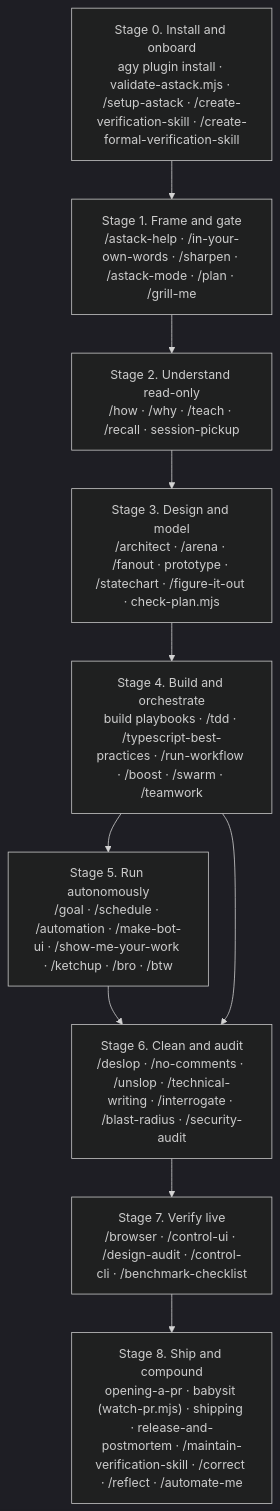
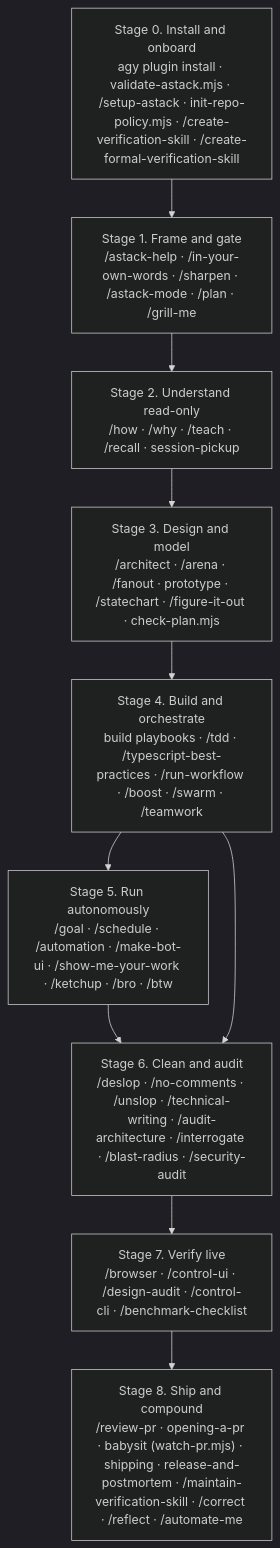
One commit to jmxt3/astack changed the diagram in docs/agent-timeline.md. Above: the diagram before and after it, drawn with Mermaid (dark theme). The commit also changed other lines of this file and 8 other files, not shown here.

Commit message:
docs(astack): sync v0.4 counts, hooks, CLIs, and 6-stage flow across docs

````diff
--- a/docs/agent-timeline.md
+++ b/docs/agent-timeline.md
@@ -17,24 +17,24 @@
 ```mermaid
 flowchart TD
     S0["Stage 0. Install and onboard
-agy plugin install · validate-astack.mjs · /setup-astack · /create-verification-skill · /create-formal-verification-skill"]
+agy plugin install · validate-astack.mjs · /setup-astack · init-repo-policy.mjs · /create-verification-skill · /create-formal-verification-skill"]
     S1["Stage 1. Frame and gate
 /astack-help · /in-your-own-words · /sharpen · /astack-mode · /plan · /grill-me"]
     S2["Stage 2. Understand read-only
 /how · /why · /teach · /recall · session-pickup"]
     S3["Stage 3. Design and model
 /architect · /arena · /fanout · prototype · /statechart · /figure-it-out · check-plan.mjs"]
     S4["Stage 4. Build and orchestrate
 build playbooks · /tdd · /typescript-best-practices · /run-workflow · /boost · /swarm · /teamwork"]
     S5["Stage 5. Run autonomously
 /goal · /schedule · /automation · /make-bot-ui · /show-me-your-work · /ketchup · /bro · /btw"]
     S6["Stage 6. Clean and audit
-/deslop · /no-comments · /unslop · /technical-writing · /interrogate · /blast-radius · /security-audit"]
+/deslop · /no-comments · /unslop · /technical-writing · /audit-architecture · /interrogate · /blast-radius · /security-audit"]
     S7["Stage 7. Verify live
 /browser · /control-ui · /design-audit · /control-cli · /benchmark-checklist"]
     S8["Stage 8. Ship and compound
-opening-a-pr · babysit (watch-pr.mjs) · shipping · release-and-postmortem · /maintain-verification-skill · /correct · /reflect · /automate-me"]
+/review-pr · opening-a-pr · babysit (watch-pr.mjs) · shipping · release-and-postmortem · /maintain-verification-skill · /correct · /reflect · /automate-me"]
 
     S0 --> S1 --> S2 --> S3 --> S4 --> S5 --> S6 --> S7 --> S8
     S4 --> S6
 ```
````
